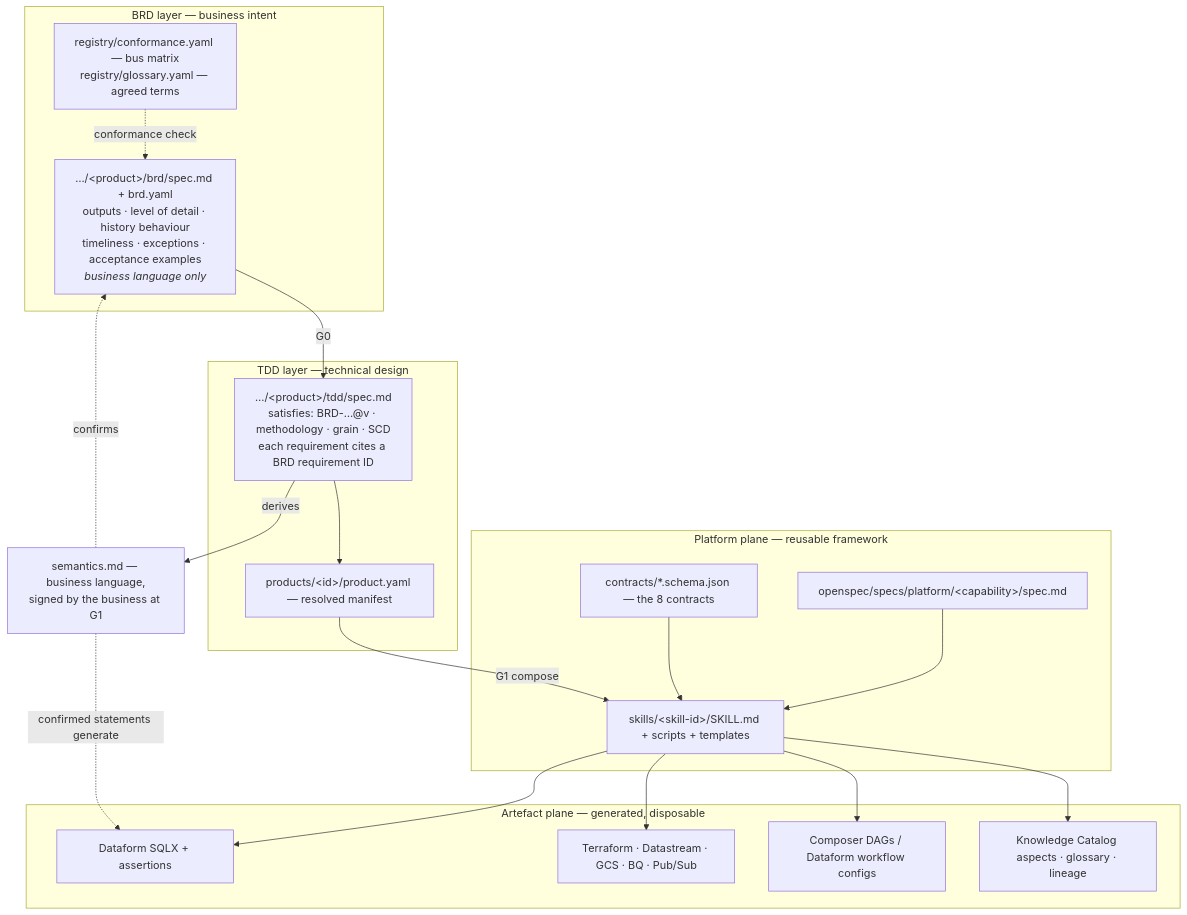
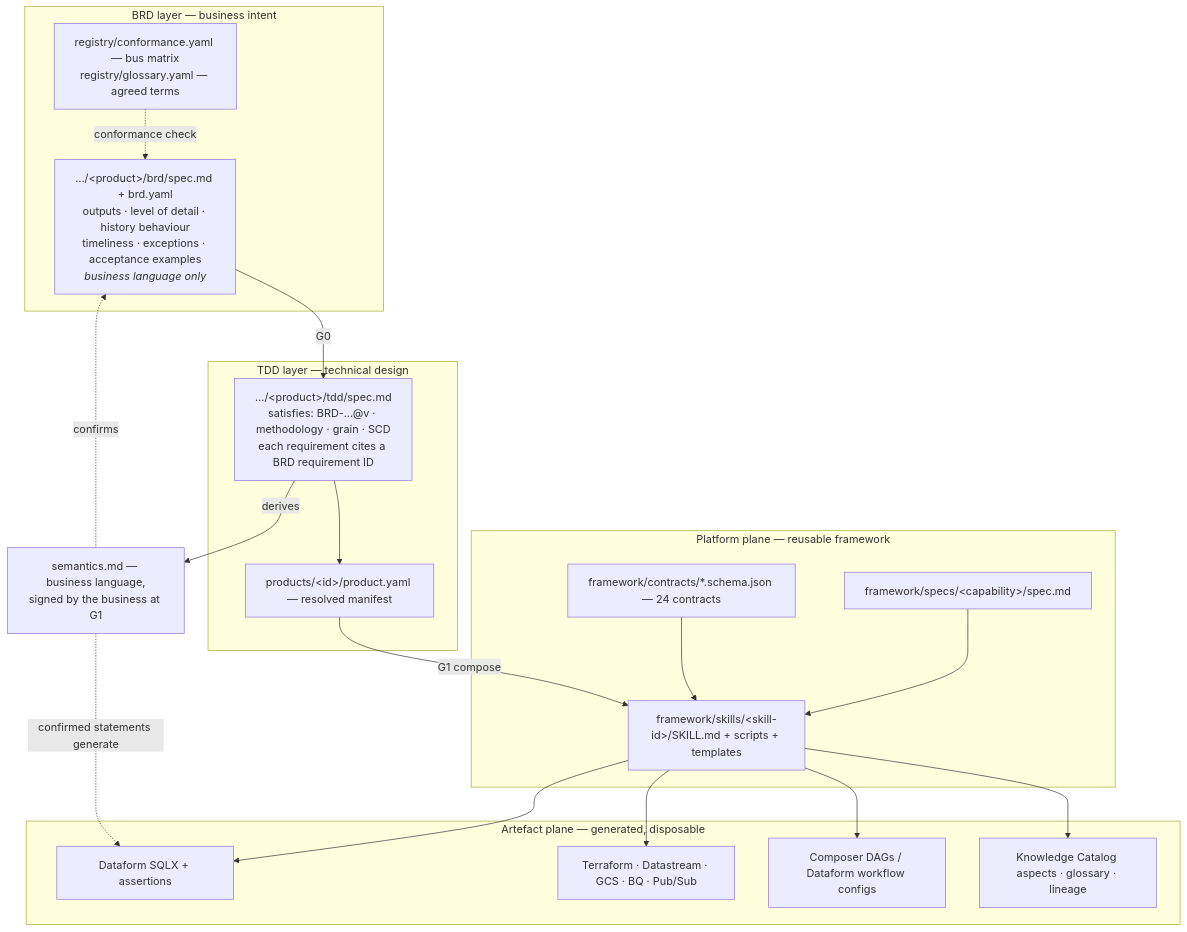
One commit to MattATurner/data-product-framework changed the diagram in docs/data-product-framework-plan.md. Above: the diagram before and after it, drawn with Mermaid. The commit also changed other lines of this file and 84 other files, not shown here.

First line of the commit message:
refactor: remove external spec CLI and migrate to native co-located specs

````diff
--- a/docs/data-product-framework-plan.md
+++ b/docs/data-product-framework-plan.md
@@ -605,36 +605,36 @@
 ```mermaid
 flowchart TB
   subgraph BRD["BRD layer — business intent"]
     R1["…/&lt;product&gt;/brd/spec.md + brd.yaml<br/>outputs · level of detail · history behaviour<br/>timeliness · exceptions · acceptance examples<br/><i>business language only</i>"]
     R2["registry/conformance.yaml — bus matrix<br/>registry/glossary.yaml — agreed terms"]
   end
 
   subgraph TDD["TDD layer — technical design"]
     T1["…/&lt;product&gt;/tdd/spec.md<br/>satisfies: BRD-…@v · methodology · grain · SCD<br/>each requirement cites a BRD requirement ID"]
     T2["products/&lt;id&gt;/product.yaml — resolved manifest"]
   end
 
   subgraph PLAT["Platform plane — reusable framework"]
-    P1["openspec/specs/platform/&lt;capability&gt;/spec.md"]
-    P2["contracts/*.schema.json — the 8 contracts"]
-    P3["skills/&lt;skill-id&gt;/SKILL.md + scripts + templates"]
+    P1["framework/specs/&lt;capability&gt;/spec.md"]
+    P2["framework/contracts/*.schema.json — 24 contracts"]
+    P3["framework/skills/&lt;skill-id&gt;/SKILL.md + scripts + templates"]
   end
 
   subgraph ART["Artefact plane — generated, disposable"]
     D1["Dataform SQLX + assertions"]
     D2["Terraform · Datastream · GCS · BQ · Pub/Sub"]
     D3["Composer DAGs / Dataform workflow configs"]
     D4["Knowledge Catalog aspects · glossary · lineage"]
   end
 
   R1 -->|G0| T1
   T1 -->|derives| S1["semantics.md — business language,<br/>signed by the business at G1"]
   S1 -.confirms.-> R1
   R2 -.conformance check.-> R1
   T1 --> T2
   P1 --> P3
   P2 --> P3
   T2 -->|G1 compose| P3
   P3 --> D1 & D2 & D3 & D4
   S1 -.confirmed statements generate.-> D1
 ```
````
